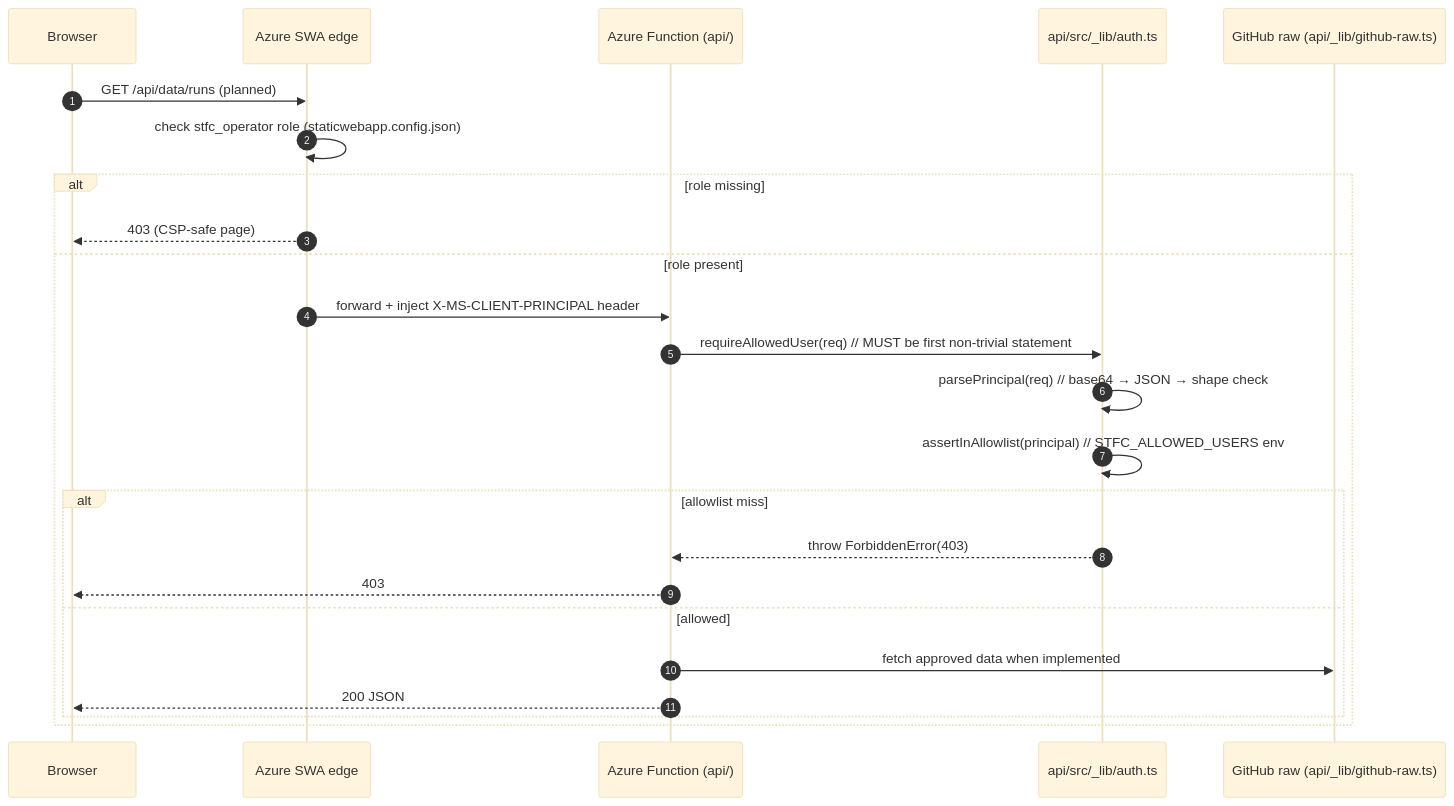
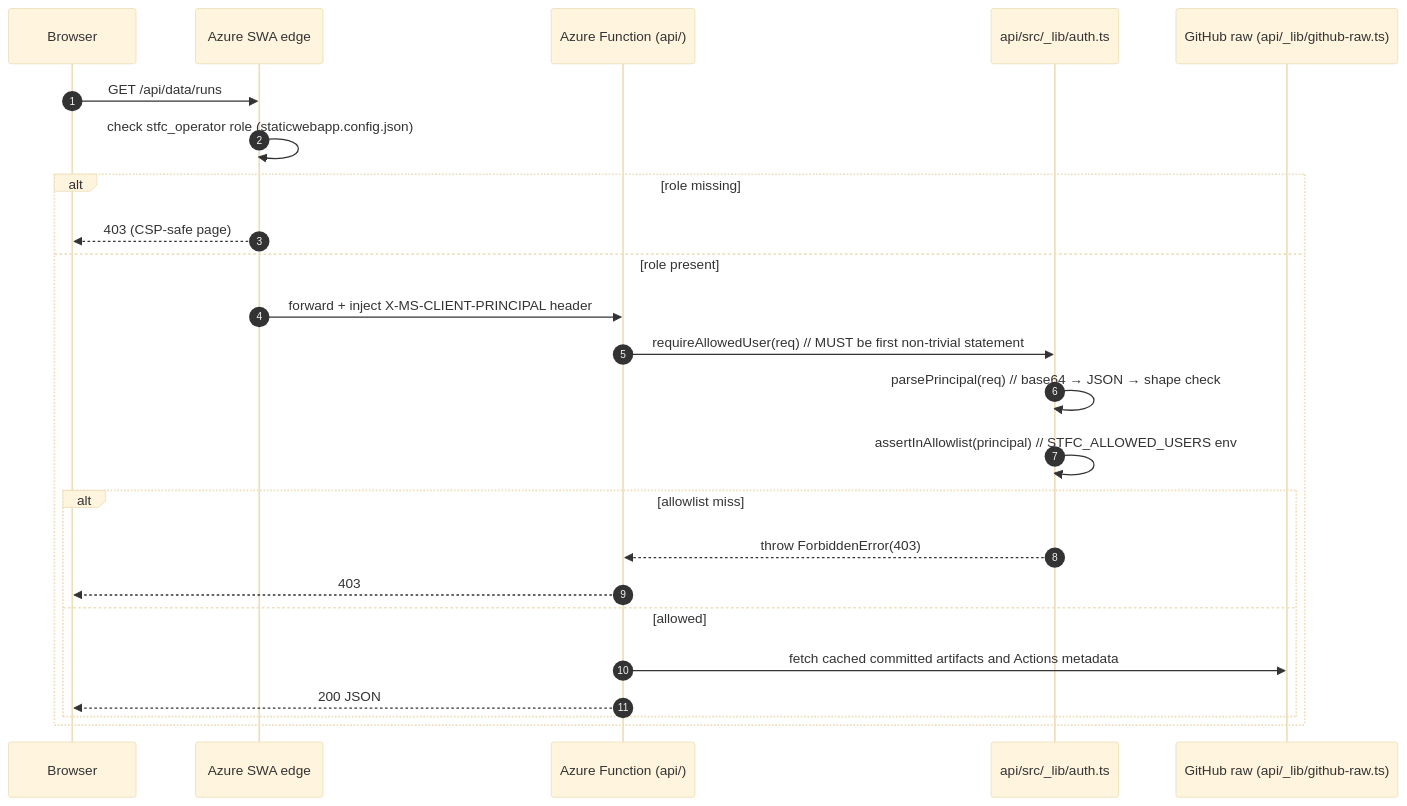
Before and after one commit to Jamula/stfc: the fourth of 4 diagrams in docs/ARCHITECTURE.md, drawn with Mermaid (base theme). The commit also changed other lines of this file and 24 other files, not shown here.

````diff
--- a/docs/ARCHITECTURE.md
+++ b/docs/ARCHITECTURE.md
@@ -467,27 +467,27 @@
 ```mermaid
 sequenceDiagram
   autonumber
   participant Browser
   participant Edge as Azure SWA edge
   participant Fn as Azure Function (api/)
   participant Auth as api/src/_lib/auth.ts
   participant Repo as GitHub raw (api/_lib/github-raw.ts)
 
-  Browser->>Edge: GET /api/data/runs (planned)
+  Browser->>Edge: GET /api/data/runs
   Edge->>Edge: check stfc_operator role (staticwebapp.config.json)
   alt role missing
     Edge-->>Browser: 403 (CSP-safe page)
   else role present
     Edge->>Fn: forward + inject X-MS-CLIENT-PRINCIPAL header
     Fn->>Auth: requireAllowedUser(req)   // MUST be first non-trivial statement
     Auth->>Auth: parsePrincipal(req)     // base64 → JSON → shape check
     Auth->>Auth: assertInAllowlist(principal)  // STFC_ALLOWED_USERS env
     alt allowlist miss
       Auth-->>Fn: throw ForbiddenError(403)
       Fn-->>Browser: 403
     else allowed
-      Fn->>Repo: fetch approved data when implemented
+      Fn->>Repo: fetch cached committed artifacts and Actions metadata
       Fn-->>Browser: 200 JSON
     end
   end
 ```
````
